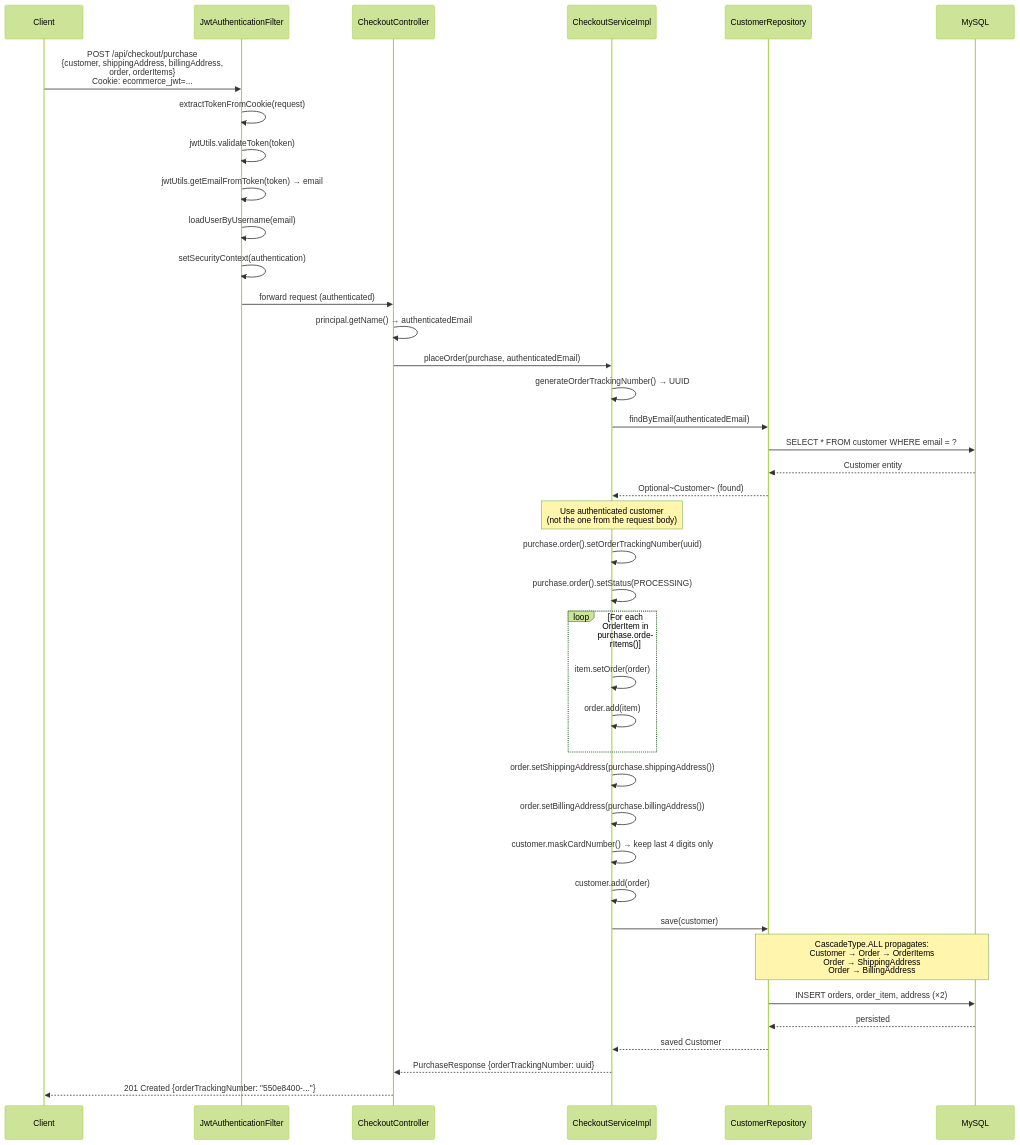
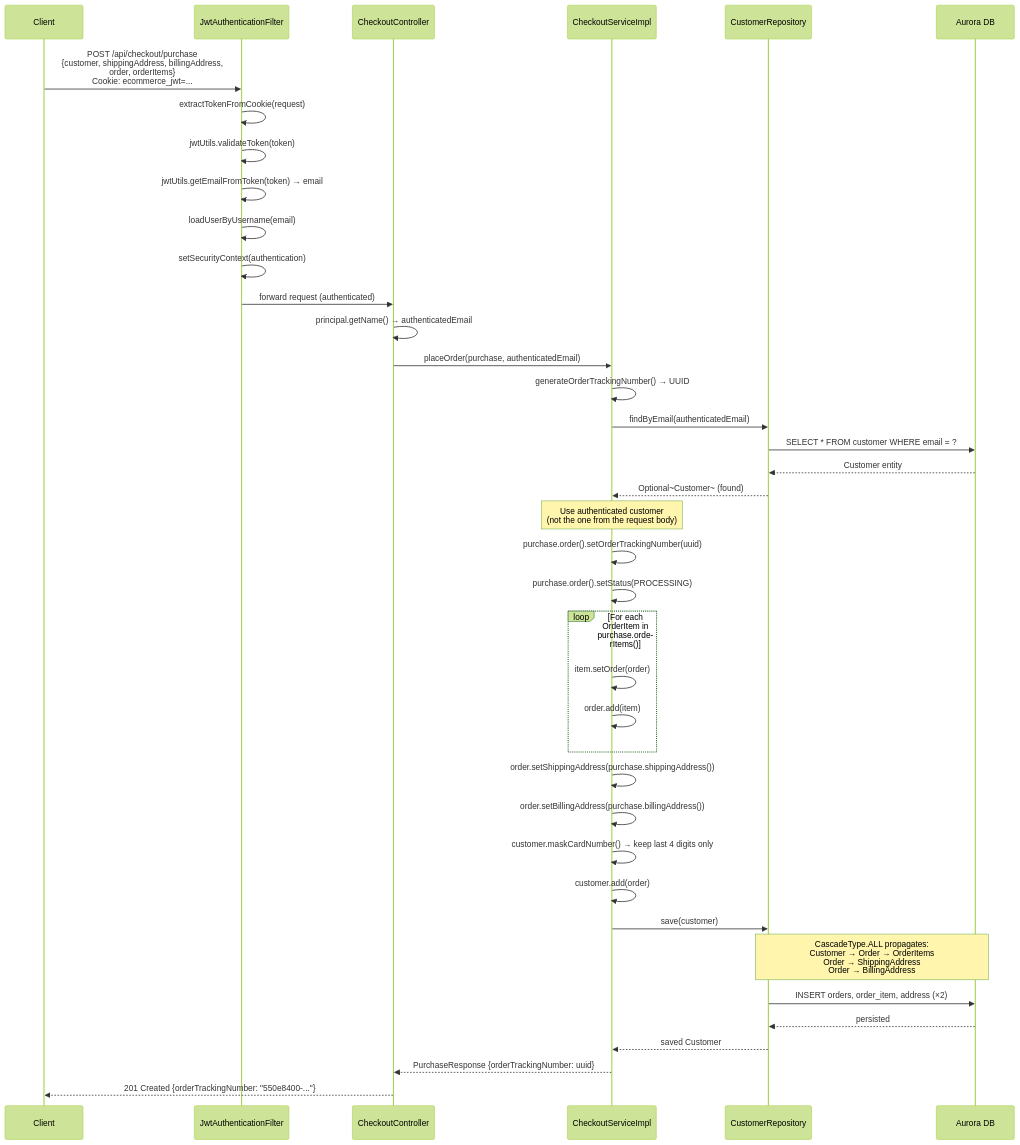
The sixth of 9 diagrams in docs/UML_DIAGRAMS.md (clark22134/MyPortfolioWebsite), drawn with Mermaid (forest theme) before and after one commit. The commit also changed other lines of this file and 96 other files, not shown here.

````diff
--- a/docs/UML_DIAGRAMS.md
+++ b/docs/UML_DIAGRAMS.md
@@ -550,54 +550,54 @@
 ```mermaid
 sequenceDiagram
     participant Client
     participant JwtFilter as JwtAuthenticationFilter
     participant CheckoutCtrl as CheckoutController
     participant CheckoutSvc as CheckoutServiceImpl
     participant CustomerRepo as CustomerRepository
-    participant DB as MySQL
+    participant DB as Aurora DB
 
     Client->>JwtFilter: POST /api/checkout/purchase<br/>{customer, shippingAddress, billingAddress,<br/>order, orderItems}<br/>Cookie: ecommerce_jwt=...
 
     JwtFilter->>JwtFilter: extractTokenFromCookie(request)
     JwtFilter->>JwtFilter: jwtUtils.validateToken(token)
     JwtFilter->>JwtFilter: jwtUtils.getEmailFromToken(token) → email
     JwtFilter->>JwtFilter: loadUserByUsername(email)
     JwtFilter->>JwtFilter: setSecurityContext(authentication)
 
     JwtFilter->>CheckoutCtrl: forward request (authenticated)
 
     CheckoutCtrl->>CheckoutCtrl: principal.getName() → authenticatedEmail
     CheckoutCtrl->>CheckoutSvc: placeOrder(purchase, authenticatedEmail)
 
     CheckoutSvc->>CheckoutSvc: generateOrderTrackingNumber() → UUID
 
     CheckoutSvc->>CustomerRepo: findByEmail(authenticatedEmail)
     CustomerRepo->>DB: SELECT * FROM customer WHERE email = ?
     DB-->>CustomerRepo: Customer entity
     CustomerRepo-->>CheckoutSvc: Optional~Customer~ (found)
 
     Note over CheckoutSvc: Use authenticated customer<br/>(not the one from the request body)
 
     CheckoutSvc->>CheckoutSvc: purchase.order().setOrderTrackingNumber(uuid)
     CheckoutSvc->>CheckoutSvc: purchase.order().setStatus(PROCESSING)
 
     loop For each OrderItem in purchase.orderItems()
         CheckoutSvc->>CheckoutSvc: item.setOrder(order)
         CheckoutSvc->>CheckoutSvc: order.add(item)
     end
 
     CheckoutSvc->>CheckoutSvc: order.setShippingAddress(purchase.shippingAddress())
     CheckoutSvc->>CheckoutSvc: order.setBillingAddress(purchase.billingAddress())
 
     CheckoutSvc->>CheckoutSvc: customer.maskCardNumber() → keep last 4 digits only
     CheckoutSvc->>CheckoutSvc: customer.add(order)
 
     CheckoutSvc->>CustomerRepo: save(customer)
     Note over CustomerRepo,DB: CascadeType.ALL propagates:<br/>Customer → Order → OrderItems<br/>Order → ShippingAddress<br/>Order → BillingAddress
     CustomerRepo->>DB: INSERT orders, order_item, address (×2)
     DB-->>CustomerRepo: persisted
     CustomerRepo-->>CheckoutSvc: saved Customer
 
     CheckoutSvc-->>CheckoutCtrl: PurchaseResponse {orderTrackingNumber: uuid}
     CheckoutCtrl-->>Client: 201 Created {orderTrackingNumber: "550e8400-..."}
 ```
````
